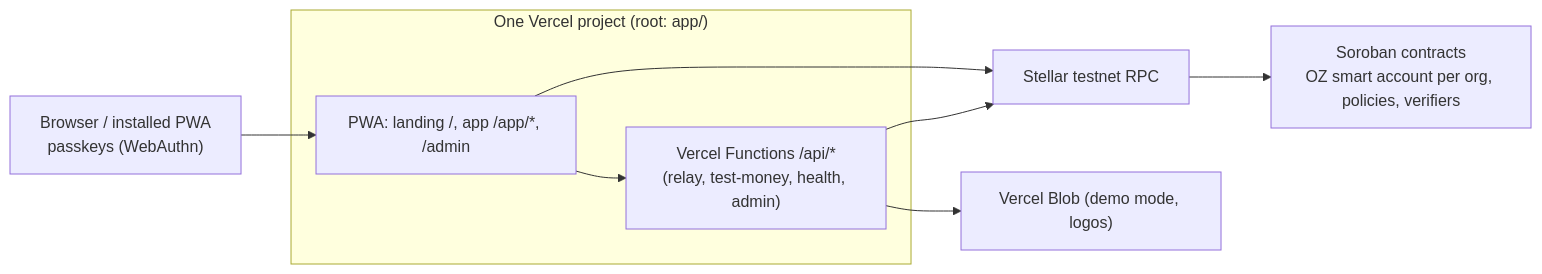
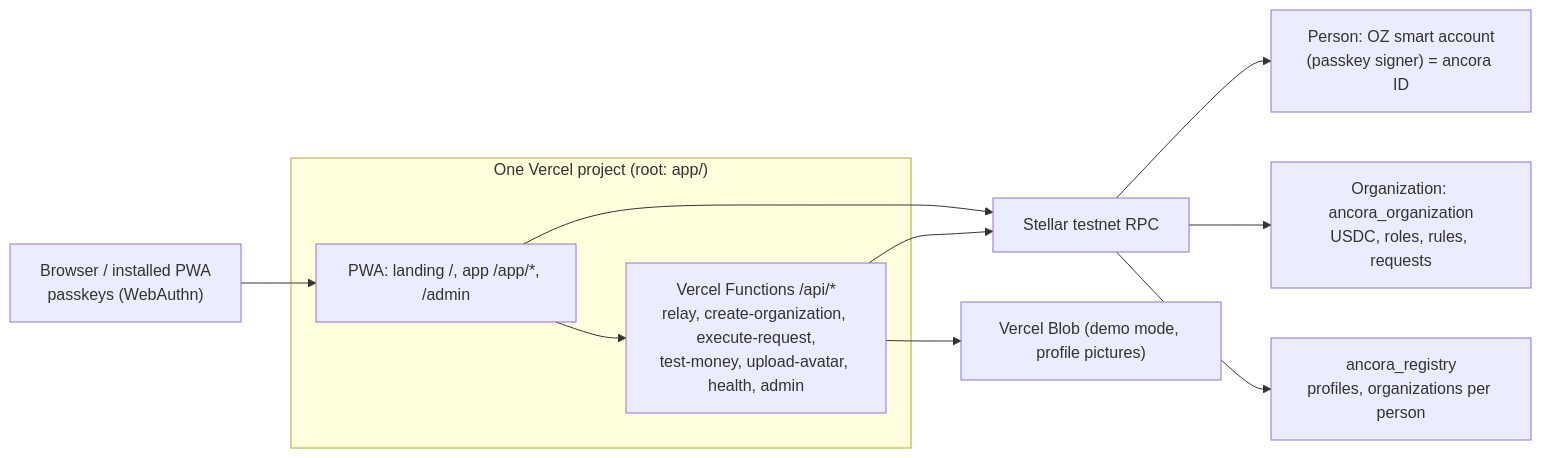
The diagram in docs/ARCHITECTURE.md (raglibol-re/ancora), drawn with Mermaid before and after one commit. The commit also changed other lines of this file and 94 other files, not shown here.

First line of the commit message:
feat(identity): one passkey per person, one contract per organization

````diff
--- a/docs/ARCHITECTURE.md
+++ b/docs/ARCHITECTURE.md
@@ -7,13 +7,15 @@
 ```mermaid
 flowchart LR
   subgraph Vercel["One Vercel project (root: app/)"]
     SPA["PWA: landing /, app /app/*, /admin"]
-    API["Vercel Functions /api/*<br/>(relay, test-money, health, admin)"]
+    API["Vercel Functions /api/*<br/>relay, create-organization, execute-request,<br/>test-money, upload-avatar, health, admin"]
   end
   Browser["Browser / installed PWA<br/>passkeys (WebAuthn)"] --> SPA
   SPA --> API
   SPA --> RPC["Stellar testnet RPC"]
   API --> RPC
-  API --> Blob["Vercel Blob (demo mode, logos)"]
-  RPC --> Contracts["Soroban contracts<br/>OZ smart account per org, policies, verifiers"]
+  API --> Blob["Vercel Blob (demo mode, profile pictures)"]
+  RPC --> Person["Person: OZ smart account<br/>(passkey signer) = ancora ID"]
+  RPC --> Org["Organization: ancora_organization<br/>USDC, roles, rules, requests"]
+  RPC --> Registry["ancora_registry<br/>profiles, organizations per person"]
 ```
````
